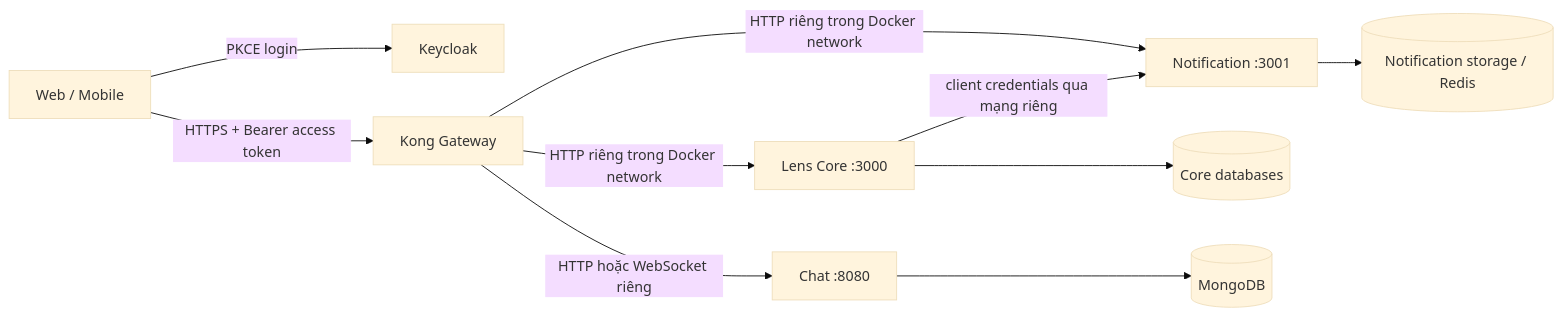
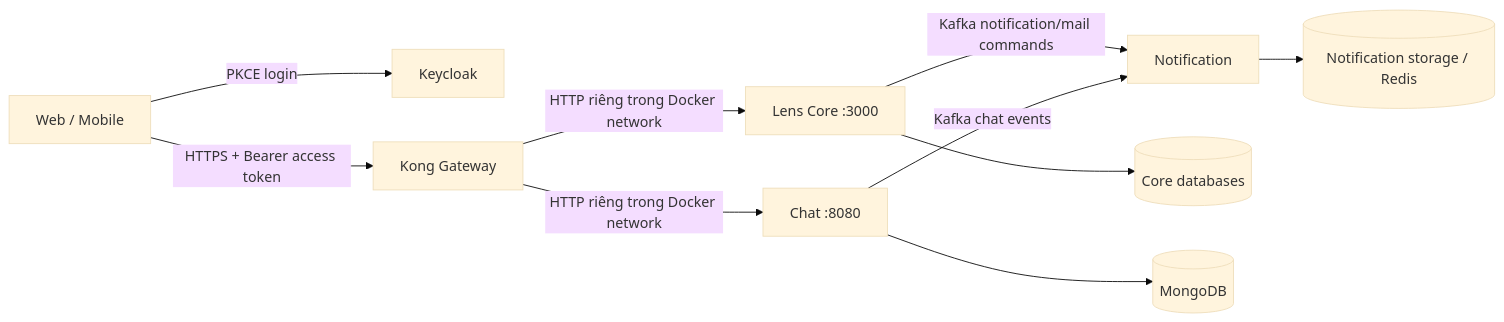
Before and after one commit to LensExe/lens-be: the diagram in docs/architecture/KONG_GATEWAY_BLUEPRINT.md, drawn with Mermaid (base theme). The commit also changed other lines of this file and 28 other files, not shown here.

````diff
--- a/docs/architecture/KONG_GATEWAY_BLUEPRINT.md
+++ b/docs/architecture/KONG_GATEWAY_BLUEPRINT.md
@@ -26,12 +29,12 @@
 ```mermaid
 flowchart LR
     C[Web / Mobile] -->|PKCE login| K[Keycloak]
     C -->|HTTPS + Bearer access token| G[Kong Gateway]
     G -->|HTTP riêng trong Docker network| CORE[Lens Core :3000]
-    G -->|HTTP riêng trong Docker network| NOTIF[Notification :3001]
-    G -->|HTTP hoặc WebSocket riêng| CHAT[Chat :8080]
-    CORE -->|client credentials qua mạng riêng| NOTIF
+    G -->|HTTP riêng trong Docker network| CHAT[Chat :8080]
+    CORE -->|Kafka notification/mail commands| NOTIF[Notification]
+    CHAT -->|Kafka chat events| NOTIF
     CORE --> DB[(Core databases)]
     NOTIF --> NDB[(Notification storage / Redis)]
     CHAT --> CDB[(MongoDB)]
 ```
````
